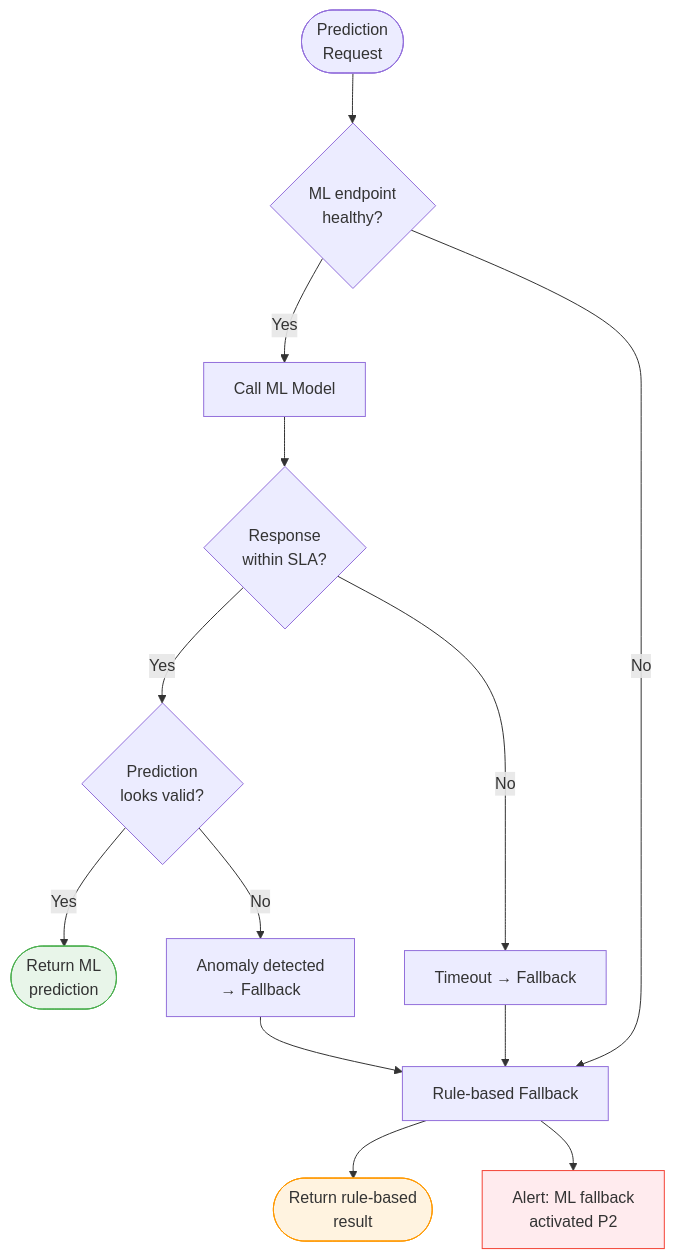
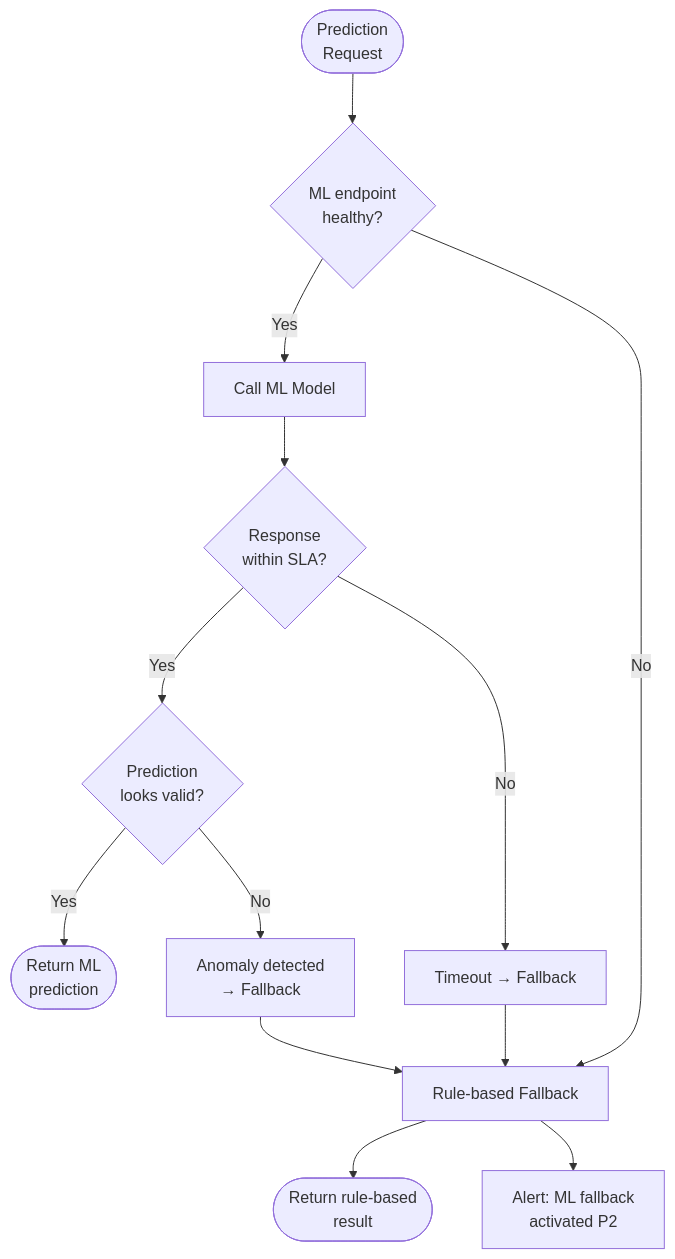
One commit to rishikeshdhokare/platform-manifesto changed the sixth of 6 diagrams in 10-ai-ml-platform/01-ml-platform.md. Above: the diagram before and after it, drawn with Mermaid. The commit also changed other lines of this file and 14 other files, not shown here.

First line of the commit message:
fix: remove mermaid style directives (119 lines across 15 files)

````diff
--- a/10-ai-ml-platform/01-ml-platform.md
+++ b/10-ai-ml-platform/01-ml-platform.md
@@ -428,25 +417,22 @@
 ```mermaid
 flowchart TD
     Request([Prediction<br/>Request]) --> Health{ML endpoint<br/>healthy?}
 
     Health -->|Yes| Predict[Call ML Model]
     Health -->|No| Fallback[Rule-based Fallback]
 
     Predict --> Latency{Response<br/>within SLA?}
     Latency -->|Yes| Quality{Prediction<br/>looks valid?}
     Latency -->|No| Timeout[Timeout → Fallback]
 
     Quality -->|Yes| Return([Return ML<br/>prediction])
     Quality -->|No| Anomaly[Anomaly detected<br/>→ Fallback]
 
     Timeout --> Fallback
     Anomaly --> Fallback
 
     Fallback --> Rules([Return rule-based<br/>result])
 
     Fallback --> Alert[Alert: ML fallback<br/>activated P2]
 
-    style Return fill:#e8f5e9,stroke:#4caf50
-    style Rules fill:#fff3e0,stroke:#ff9800
-    style Alert fill:#ffebee,stroke:#f44336
 ```
````
